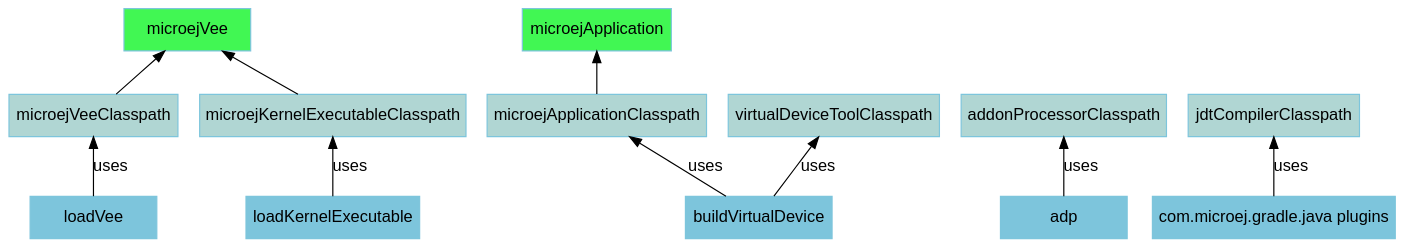
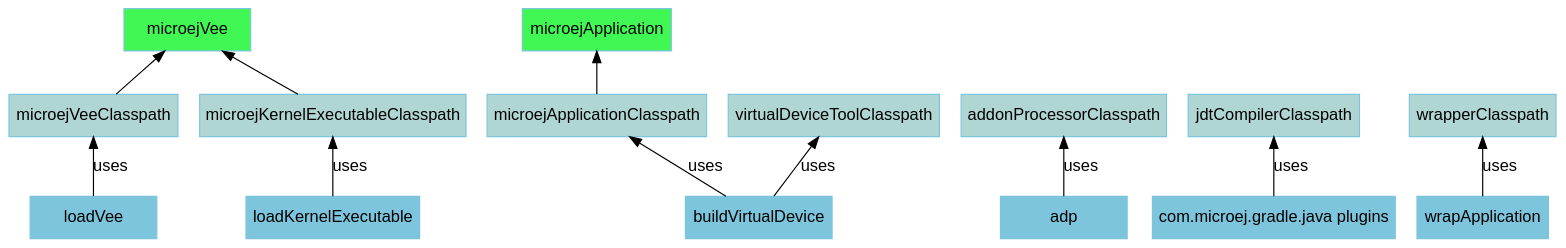
Before and after one commit to MicroEJ/docs: the diagram in SDK6UserGuide/appendix/graphConfigurations.dot, drawn with Graphviz. The commit also changed 14 other files, not shown here.

```diff
--- a/SDK6UserGuide/appendix/graphConfigurations.dot
+++ b/SDK6UserGuide/appendix/graphConfigurations.dot
@@ -1,31 +1,33 @@
 digraph mygraph {
     rankdir="BT";
     bgcolor="transparent"
     fontname="Helvetica,Arial,sans-serif"
     node [
         shape = box
         width = 1.5
         color = "#7dc5dc"
         style = filled
         fontname="Helvetica,Arial,sans-serif"
     ]
     edge [fontname="Helvetica,Arial,sans-serif"]
     "microejVee" [fillcolor = "#41f753"]
     "microejApplication" [fillcolor = "#41f753"]
     "microejApplicationClasspath" [fillcolor = "#b0d6d3"]
     "microejVeeClasspath" [fillcolor = "#b0d6d3"]
     "microejKernelExecutableClasspath" [fillcolor = "#b0d6d3"]
     "virtualDeviceToolClasspath" [fillcolor = "#b0d6d3"]
     "addonProcessorClasspath" [fillcolor = "#b0d6d3"]
     "jdtCompilerClasspath" [fillcolor = "#b0d6d3"]
+    "wrapperClasspath" [fillcolor = "#b0d6d3"]
 
     "loadVee" -> "microejVeeClasspath" [ label="uses" ]
     "microejVeeClasspath" -> "microejVee"
     "loadKernelExecutable" -> "microejKernelExecutableClasspath" [ label="uses" ]
     "microejKernelExecutableClasspath" -> "microejVee"
     "buildVirtualDevice" -> "microejApplicationClasspath" [ label="uses" ]
     "buildVirtualDevice" -> "virtualDeviceToolClasspath" [ label="uses" ]
     "microejApplicationClasspath" -> "microejApplication"
     "adp" -> "addonProcessorClasspath" [ label="uses" ]
     "com.microej.gradle.java plugins" -> "jdtCompilerClasspath" [ label="uses" ]
+    "wrapApplication" -> "wrapperClasspath" [ label="uses" ]
 }
```
